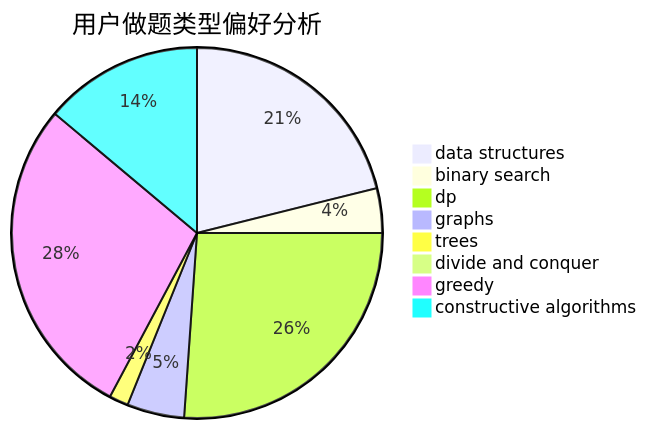
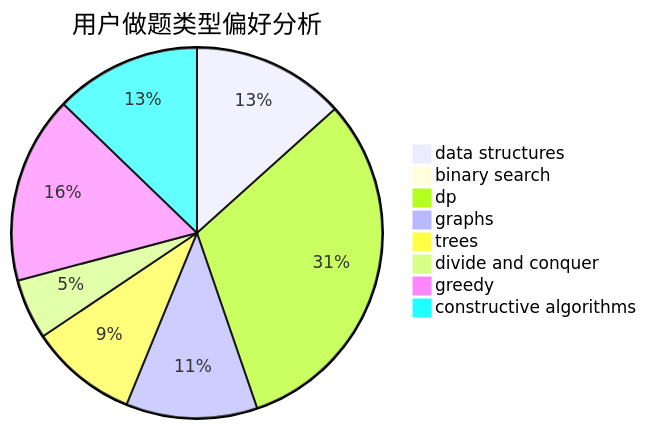
Before and after one commit to sherpahu/cfrs.github.io: the second of 3 diagrams in docs/user/u1351.md, drawn with Mermaid. The commit also changed other lines of this file and 2770 other files, not shown here.

````diff
--- a/docs/user/u1351.md
+++ b/docs/user/u1351.md
@@ -23,11 +23,11 @@
 ```mermaid
 pie title 用户做题类型偏好分析
-    "data structures" :  38
-    "binary search" :  7
-    "dp" :  47
-    "graphs" :  9
-    "trees" :  3
-    "divide and conquer" :  0
-    "greedy" :  51
-    "constructive algorithms" :  25
+    "data structures" :  71
+    "binary search" :  5
+    "dp" :  167
+    "graphs" :  61
+    "trees" :  50
+    "divide and conquer" :  28
+    "greedy" :  87
+    "constructive algorithms" :  68
 ```
````
